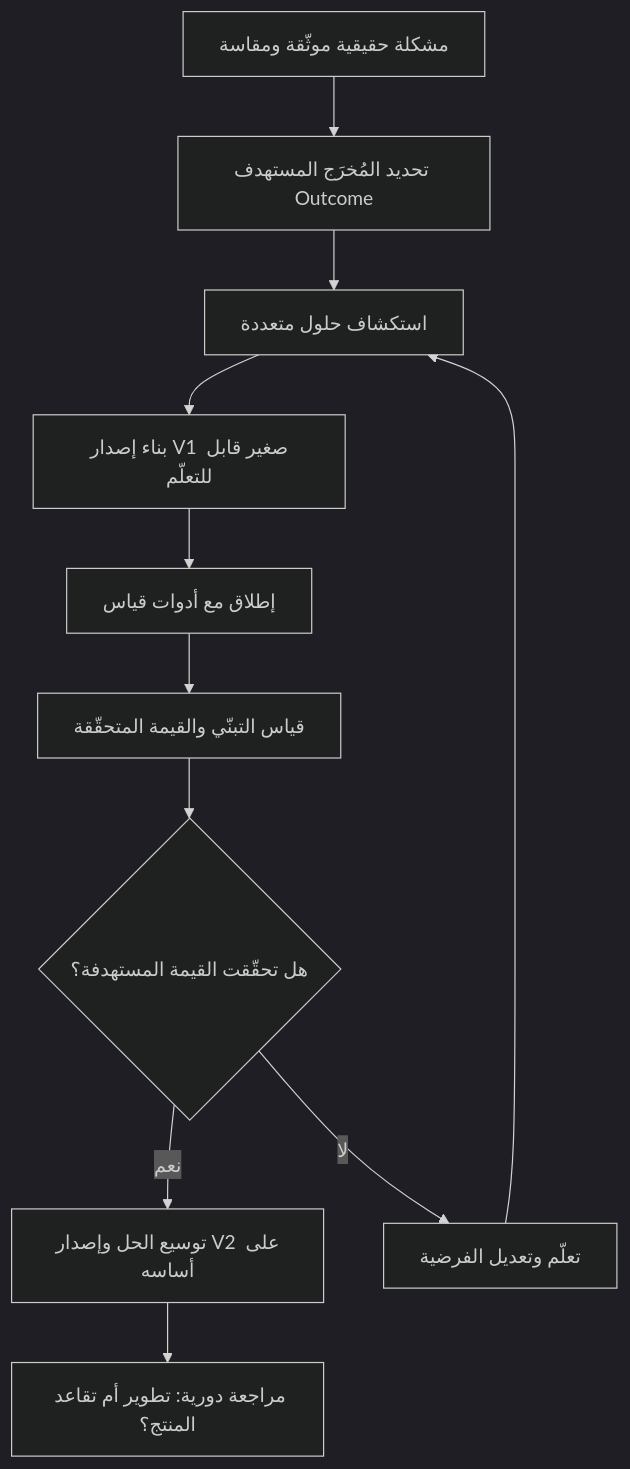
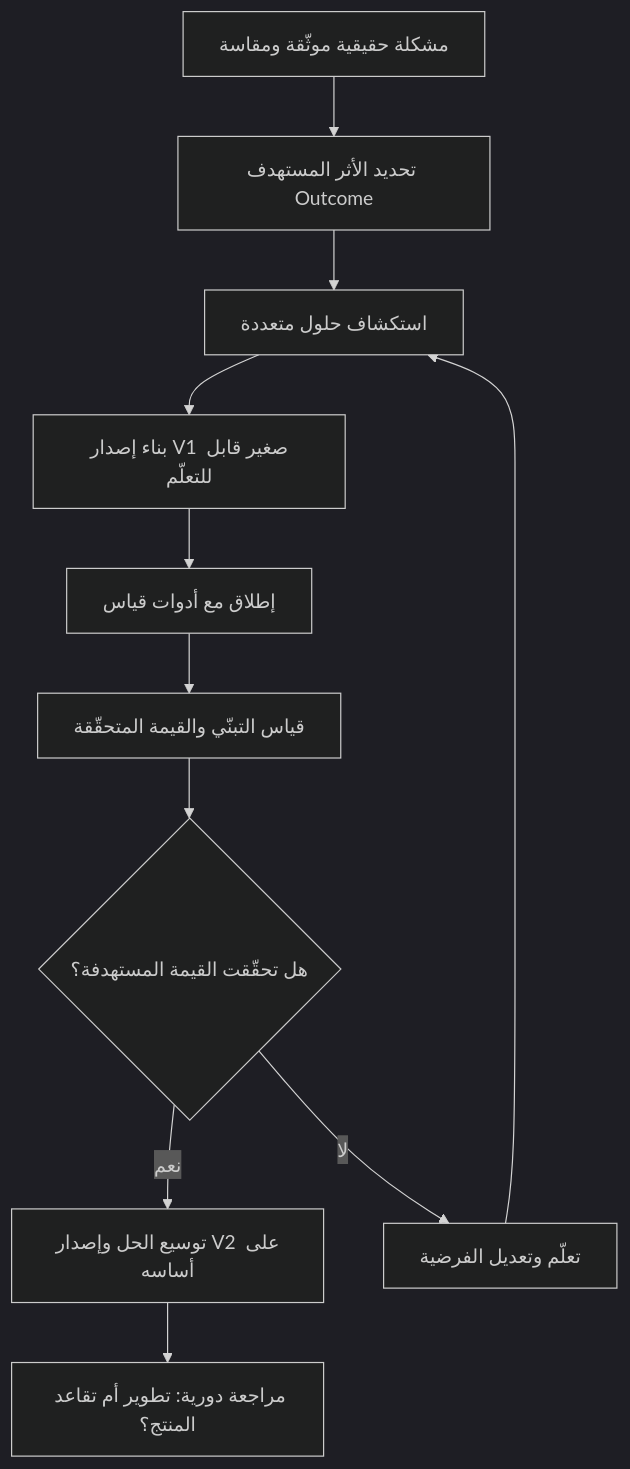
Before and after one commit to MohammedFattay/Project_Management_Notes: the diagram in content/معجم المصطلحات/Product Thinking.md, drawn with Mermaid (dark theme). The commit also changed other lines of this file and 47 other files, not shown here.

````diff
--- a/content/معجم المصطلحات/Product Thinking.md
+++ b/content/معجم المصطلحات/Product Thinking.md
@@ -56,13 +56,13 @@
 ```mermaid
 flowchart TD
-    A["مشكلة حقيقية موثّقة ومقاسة"] --> B["تحديد المُخرَج المستهدف Outcome"]
+    A["مشكلة حقيقية موثّقة ومقاسة"] --> B["تحديد الأثر المستهدف Outcome"]
     B --> C["استكشاف حلول متعددة"]
     C --> D["بناء إصدار V1 صغير قابل للتعلّم"]
     D --> E["إطلاق مع أدوات قياس"]
     E --> F["قياس التبنّي والقيمة المتحقّقة"]
     F --> G{"هل تحقّقت القيمة المستهدفة؟"}
     G -->|نعم| H["توسيع الحل وإصدار V2 على أساسه"]
     G -->|لا| I["تعلّم وتعديل الفرضية"]
     I --> C
     H --> J["مراجعة دورية: تطوير أم تقاعد المنتج؟"]
 ```
````
